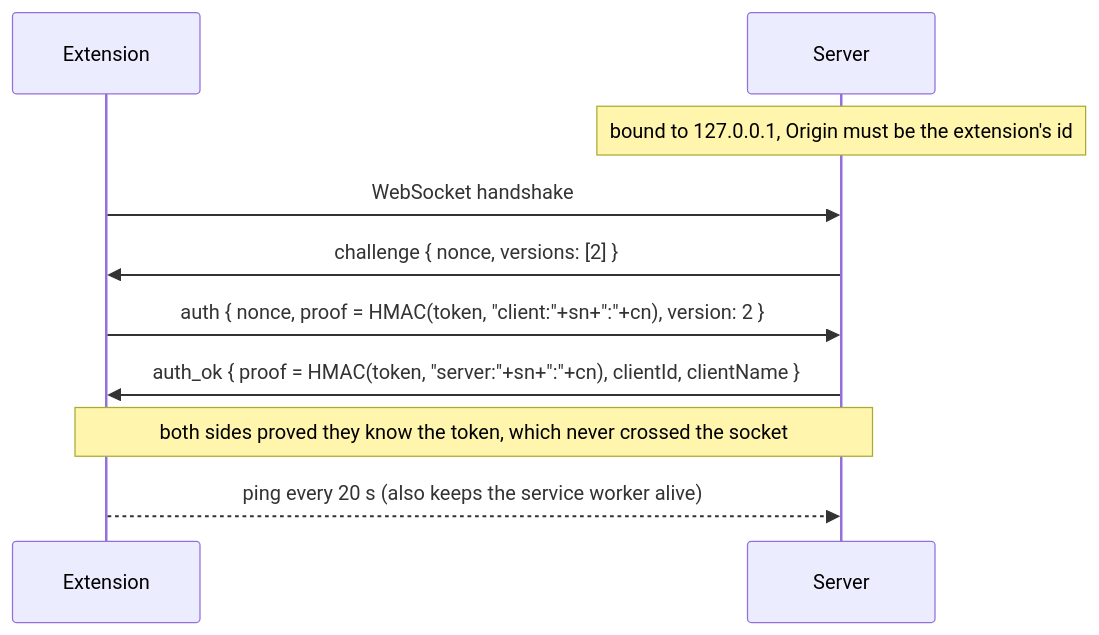
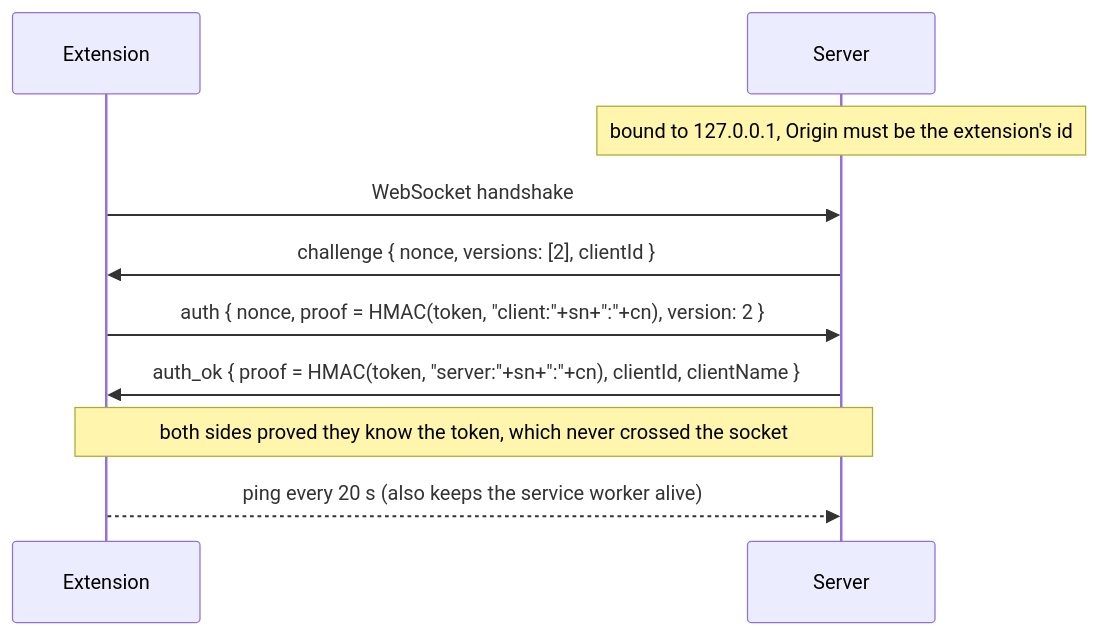
One commit to LaughingManCommits/TabGoblin changed the second of 6 diagrams in docs/architecture.md. Above: the diagram before and after it, drawn with Mermaid. The commit also changed other lines of this file and 29 other files, not shown here.

````diff
--- a/docs/architecture.md
+++ b/docs/architecture.md
@@ -51,12 +51,12 @@
 ```mermaid
 sequenceDiagram
   participant E as Extension
   participant S as Server
   Note over S: bound to 127.0.0.1, Origin must be the extension's id
   E->>S: WebSocket handshake
-  S->>E: challenge { nonce, versions: [2] }
+  S->>E: challenge { nonce, versions: [2], clientId }
   E->>S: auth { nonce, proof = HMAC(token, "client:"+sn+":"+cn), version: 2 }
   S->>E: auth_ok { proof = HMAC(token, "server:"+sn+":"+cn), clientId, clientName }
   Note over E,S: both sides proved they know the token, which never crossed the socket
   E-->>S: ping every 20 s (also keeps the service worker alive)
 ```
````
